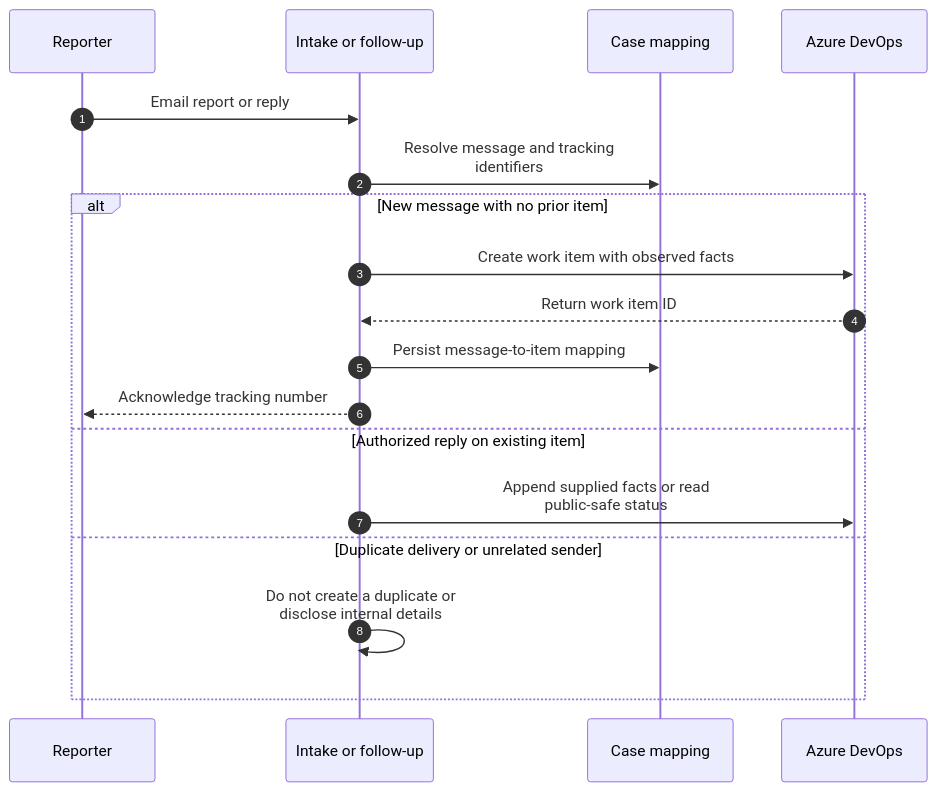
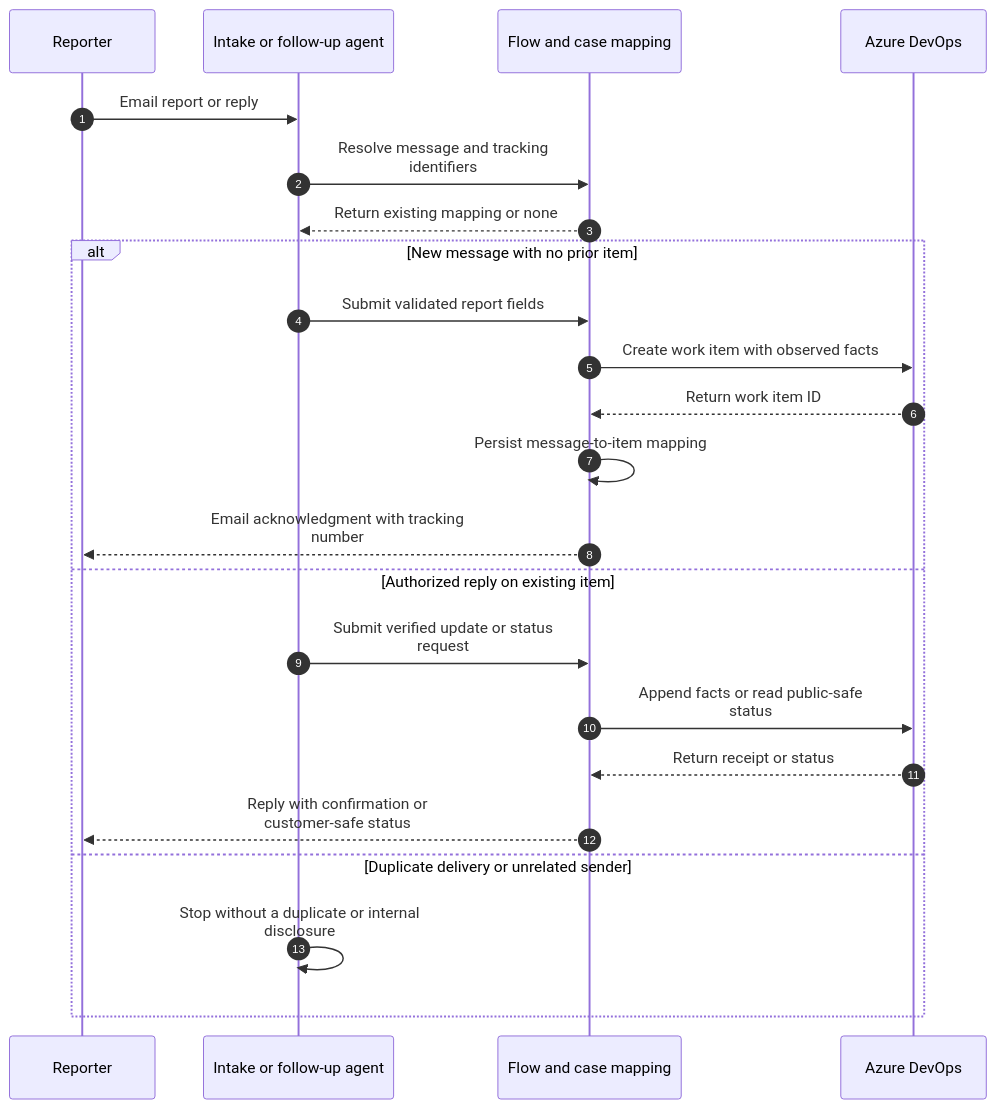
The second of 2 diagrams in solution-ideas/bug-intake.md (abhishek-ai-enabler/copilotstudio-architecture-patterns), drawn with Mermaid before and after one commit. The commit also changed other lines of this file and 41 other files, not shown here.

First line of the commit message:
Review diagrams: add return paths and fix flow accuracy

````diff
--- a/solution-ideas/bug-intake.md
+++ b/solution-ideas/bug-intake.md
@@ -37,21 +40,26 @@
 ```mermaid
 sequenceDiagram
     accTitle: Separate bug intake from follow-up correspondence - technical flow
     autonumber
     participant U as Reporter
-    participant A as Intake or follow-up
-    participant F as Case mapping
+    participant A as Intake or follow-up agent
+    participant F as Flow and case mapping
     participant D as Azure DevOps
     U->>A: Email report or reply
     A->>F: Resolve message and tracking<br/>identifiers
+    F-->>A: Return existing mapping or none
     alt New message with no prior item
-        A->>D: Create work item with observed facts
-        D-->>A: Return work item ID
-        A->>F: Persist message-to-item mapping
-        A-->>U: Acknowledge tracking number
+      A->>F: Submit validated report fields
+      F->>D: Create work item with observed facts
+      D-->>F: Return work item ID
+      F->>F: Persist message-to-item mapping
+      F-->>U: Email acknowledgment with tracking<br/>number
     else Authorized reply on existing item
-        A->>D: Append supplied facts or read<br/>public-safe status
+      A->>F: Submit verified update or status<br/>request
+      F->>D: Append facts or read public-safe<br/>status
+      D-->>F: Return receipt or status
+      F-->>U: Reply with confirmation or<br/>customer-safe status
     else Duplicate delivery or unrelated sender
-        A->>A: Do not create a duplicate or<br/>disclose internal details
+      A->>A: Stop without a duplicate or internal<br/>disclosure
     end
 ```
````
